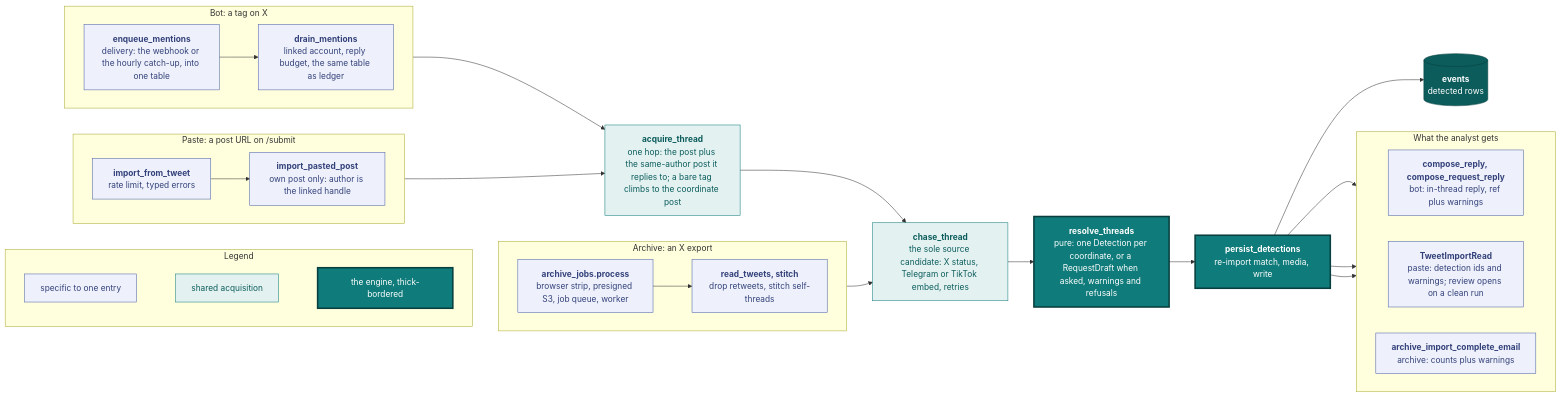
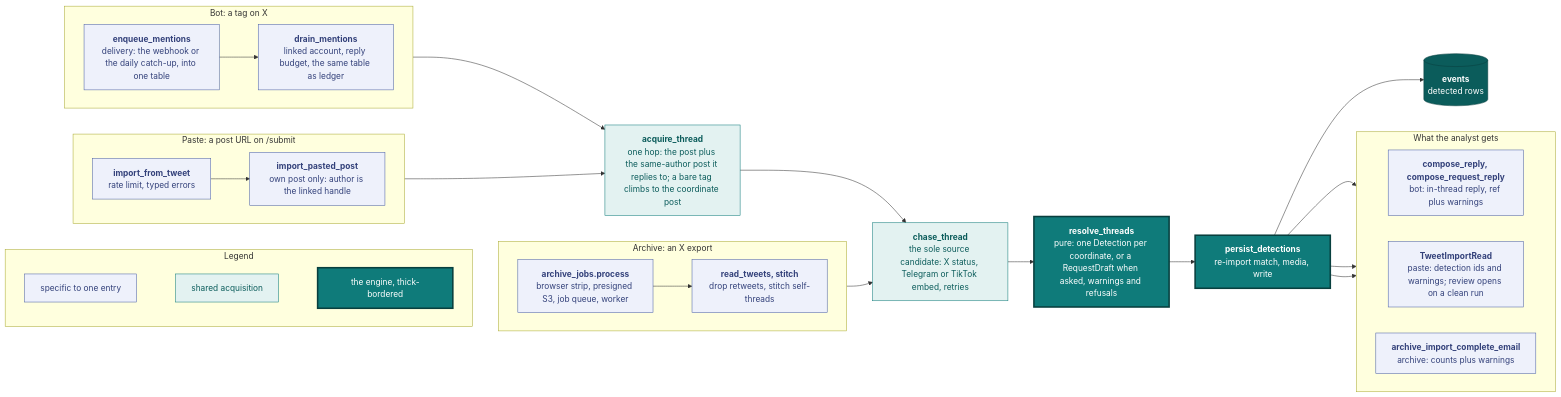
Before and after one commit to vidithq/vidit: the first of 6 diagrams in docs/ingestion.md, drawn with Mermaid. The commit also changed other lines of this file and 13 other files, not shown here.

````diff
--- a/docs/ingestion.md
+++ b/docs/ingestion.md
@@ -5,63 +5,63 @@
 ```mermaid
 flowchart LR
   classDef spec fill:#eef1fb,stroke:#4a5fa5,color:#33417a
   classDef shared fill:#e3f2f1,stroke:#0f7b7a,color:#0b5c5b
   classDef core fill:#0f7b7a,stroke:#083f3e,stroke-width:3px,color:#ffffff
   classDef store fill:#0b5c5b,stroke:#083f3e,color:#ffffff
 
   subgraph legend [Legend]
     direction LR
     l1["`specific to one entry`"]:::spec
     l2["`shared acquisition`"]:::shared
     l3["`the engine, thick-bordered`"]:::core
     l1 ~~~ l2 ~~~ l3
   end
 
   subgraph paste [Paste: a post URL on /submit]
     direction LR
     p1["`**import_from_tweet**
     rate limit, typed errors`"]:::spec --> p2["`**import_pasted_post**
     own post only: author is the linked handle`"]:::spec
   end
   subgraph bot [Bot: a tag on X]
     direction LR
     b1["`**enqueue_mentions**
-    delivery: the webhook or the hourly catch-up, into one table`"]:::spec --> b2["`**drain_mentions**
+    delivery: the webhook or the daily catch-up, into one table`"]:::spec --> b2["`**drain_mentions**
     linked account, reply budget, the same table as ledger`"]:::spec
   end
   subgraph archive [Archive: an X export]
     direction LR
     a1["`**archive_jobs.process**
     browser strip, presigned S3, job queue, worker`"]:::spec --> a2["`**read_tweets, stitch**
     drop retweets, stitch self-threads`"]:::spec
   end
 
   hop["`**acquire_thread**
   one hop: the post plus the same-author post it replies to; a bare tag climbs to the coordinate post`"]:::shared
   chase["`**chase_thread**
   the sole source candidate: X status, Telegram or TikTok embed, retries`"]:::shared
   resolve["`**resolve_threads**
   pure: one Detection per coordinate, or a RequestDraft when asked, warnings and refusals`"]:::core
   persist["`**persist_detections**
   re-import match, media, write`"]:::core
   rows[("`**events**
   detected rows`")]:::store
 
   subgraph feedback [What the analyst gets]
     direction LR
     f1["`**compose_reply, compose_request_reply**
     bot: in-thread reply, ref plus warnings`"]:::spec
     f2["`**TweetImportRead**
     paste: detection ids and warnings; review opens on a clean run`"]:::spec
     f3["`**archive_import_complete_email**
     archive: counts plus warnings`"]:::spec
   end
 
   p2 --> hop
   b2 --> hop
   a2 --> chase
   hop --> chase --> resolve --> persist --> rows
   persist --> f1
   persist --> f2
   persist --> f3
 ```
````
